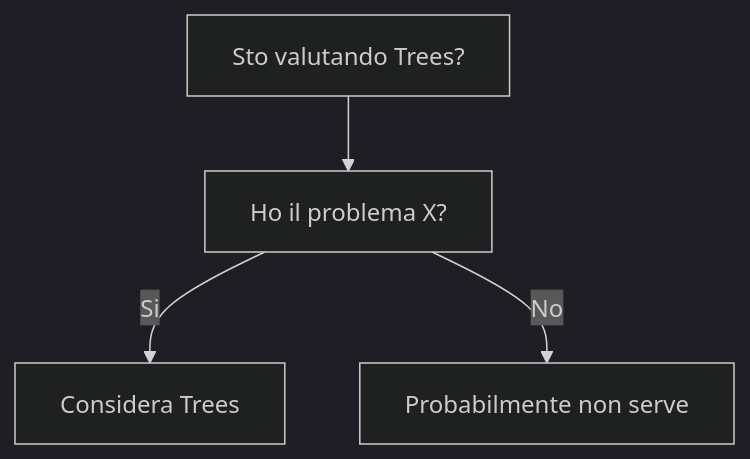
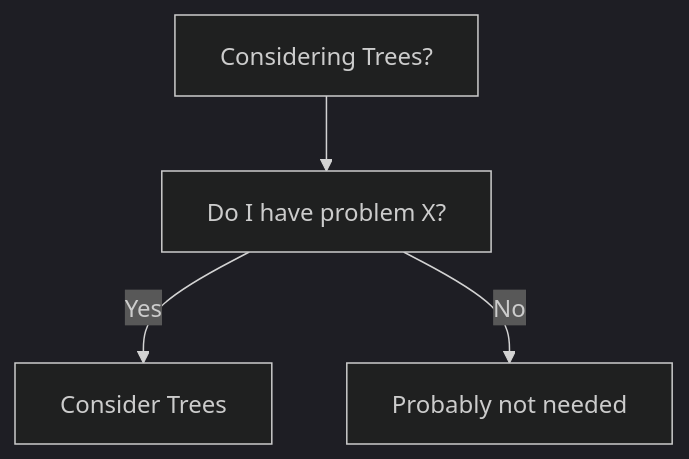
One commit to HxT9/Software-Dev-Wiki changed the diagram in dev-wiki/15_Algorithms_DataStructures/Trees/When_To_Use.md. Above: the diagram before and after it, drawn with Mermaid (dark theme). The commit also changed other lines of this file and 3444 other files, not shown here.

````diff
--- a/dev-wiki/15_Algorithms_DataStructures/Trees/When_To_Use.md
+++ b/dev-wiki/15_Algorithms_DataStructures/Trees/When_To_Use.md
@@ -19,6 +19,6 @@
 ```mermaid
 flowchart TD
-  Q[Sto valutando Trees?] --> Q1[Ho il problema X?]
-  Q1 -->|Si| OK[Considera Trees]
-  Q1 -->|No| NO[Probabilmente non serve]
+  Q[Considering Trees?] --> Q1[Do I have problem X?]
+  Q1 -->|Yes| OK[Consider Trees]
+  Q1 -->|No| NO[Probably not needed]
 ```
````
